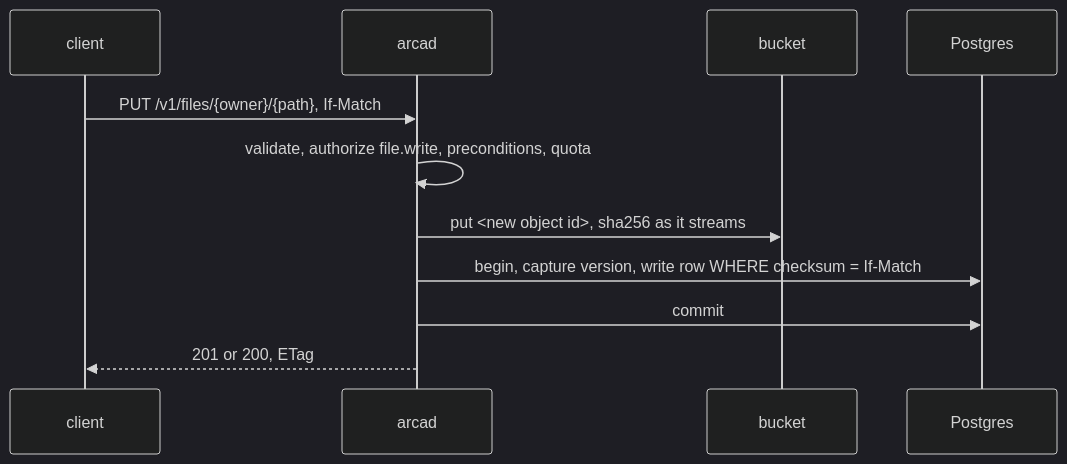
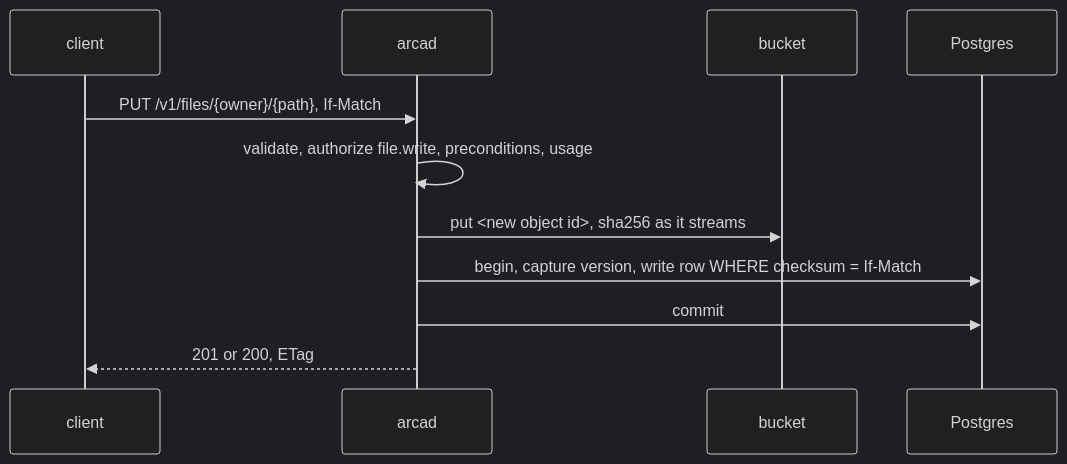
The diagram in specs/005-files.md (latere-ai/arca), drawn with Mermaid (dark theme) before and after one commit. The commit also changed other lines of this file and 20 other files, not shown here.

````diff
--- a/specs/005-files.md
+++ b/specs/005-files.md
@@ -60,13 +60,13 @@
 ```mermaid
 sequenceDiagram
   participant C as client
   participant A as arcad
   participant B as bucket
   participant P as Postgres
   C->>A: PUT /v1/files/{owner}/{path}, If-Match
-  A->>A: validate, authorize file.write, preconditions, quota
+  A->>A: validate, authorize file.write, preconditions, usage
   A->>B: put <new object id>, sha256 as it streams
   A->>P: begin, capture version, write row WHERE checksum = If-Match
   A->>P: commit
   A-->>C: 201 or 200, ETag
 ```
````
